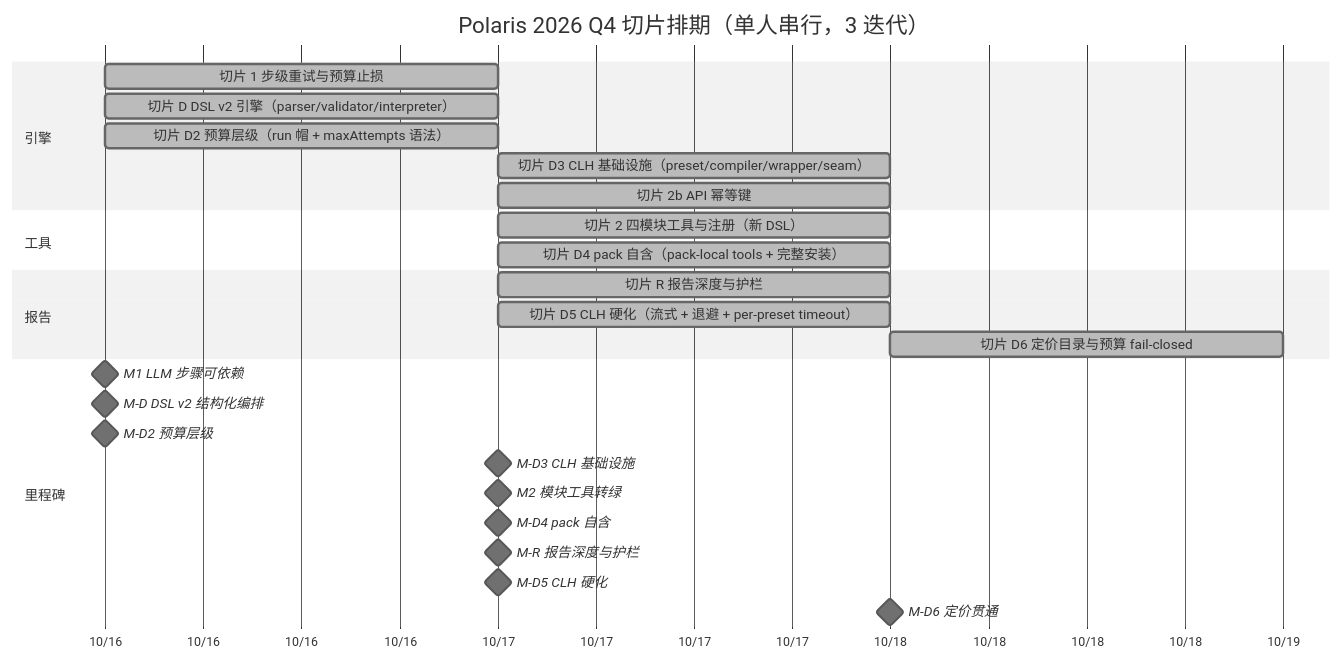
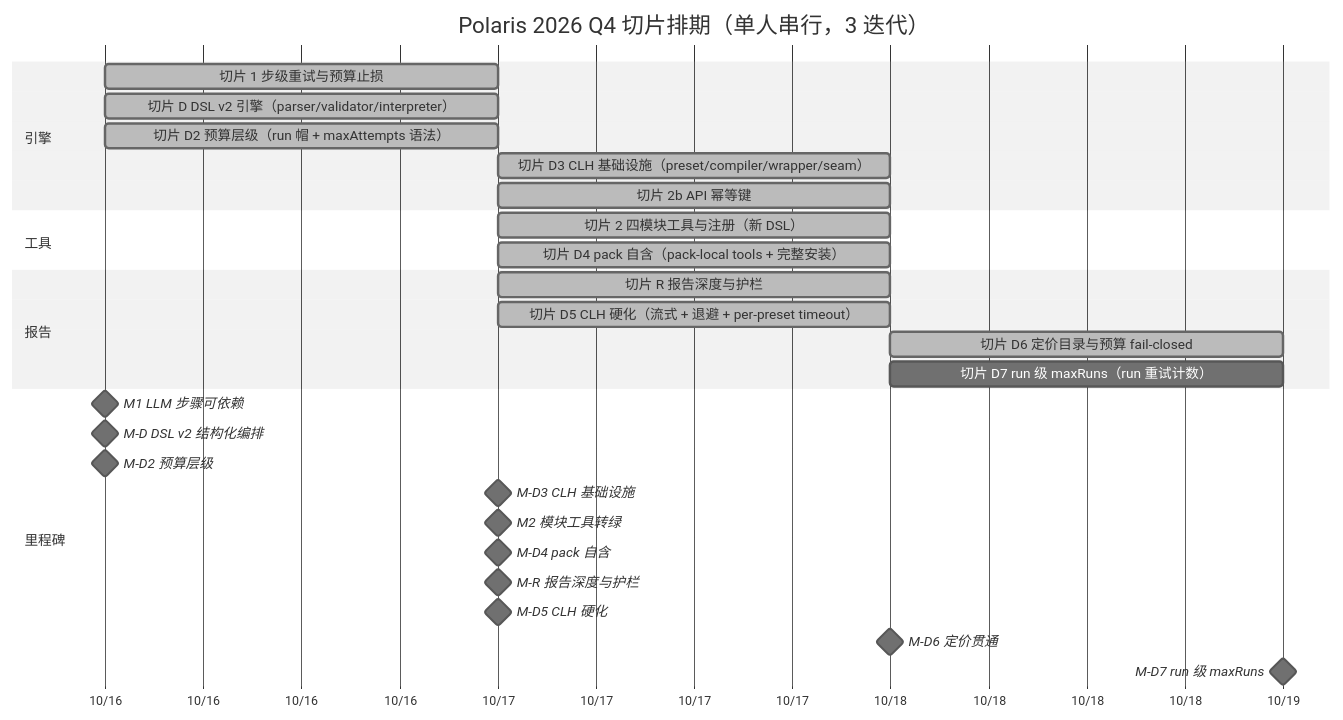
The diagram in apps/docs/site/development/roadmap.md (55aaseclab/Polaris), drawn with Mermaid (neutral theme) before and after one commit. The commit also changed other lines of this file, not shown here.

````diff
--- a/apps/docs/site/development/roadmap.md
+++ b/apps/docs/site/development/roadmap.md
@@ -89,29 +91,31 @@
 ```mermaid
 gantt
     title Polaris 2026 Q4 切片排期（单人串行，3 迭代）
     dateFormat YYYY-MM-DD
     axisFormat %m/%d
     section 引擎
     切片 1 步级重试与预算止损 :done, a1, 2026-10-16, 1d
     切片 D DSL v2 引擎（parser/validator/interpreter） :done, a2, 2026-10-16, 1d
     切片 D2 预算层级（run 帽 + maxAttempts 语法） :done, a4, 2026-10-16, 1d
     切片 D3 CLH 基础设施（preset/compiler/wrapper/seam） :done, a5, 2026-10-17, 1d
     切片 2b API 幂等键 :done, a3, 2026-10-17, 1d
     section 工具
     切片 2 四模块工具与注册（新 DSL） :done, b1, 2026-10-17, 1d
     切片 D4 pack 自含（pack-local tools + 完整安装） :done, b2, 2026-10-17, 1d
     section 报告
     切片 R 报告深度与护栏 :done, r1, 2026-10-17, 1d
     切片 D5 CLH 硬化（流式 + 退避 + per-preset timeout） :done, c1, 2026-10-17, 1d
     切片 D6 定价目录与预算 fail-closed :done, c2, 2026-10-18, 1d
+    切片 D7 run 级 maxRuns（run 重试计数） :c3, 2026-10-18, 1d
     section 里程碑
     M1 LLM 步骤可依赖 :milestone, m1, 2026-10-16, 0d
     M-D DSL v2 结构化编排 :milestone, md, 2026-10-16, 0d
     M-D2 预算层级 :milestone, md2, 2026-10-16, 0d
     M-D3 CLH 基础设施 :milestone, md3, 2026-10-17, 0d
     M2 模块工具转绿 :milestone, m2, 2026-10-17, 0d
     M-D4 pack 自含 :milestone, md4, 2026-10-17, 0d
     M-R 报告深度与护栏 :milestone, mr, 2026-10-17, 0d
     M-D5 CLH 硬化 :milestone, md5, 2026-10-17, 0d
     M-D6 定价贯通 :milestone, md6, 2026-10-18, 0d
+    M-D7 run 级 maxRuns :milestone, md7, 2026-10-19, 0d
 ```
````
